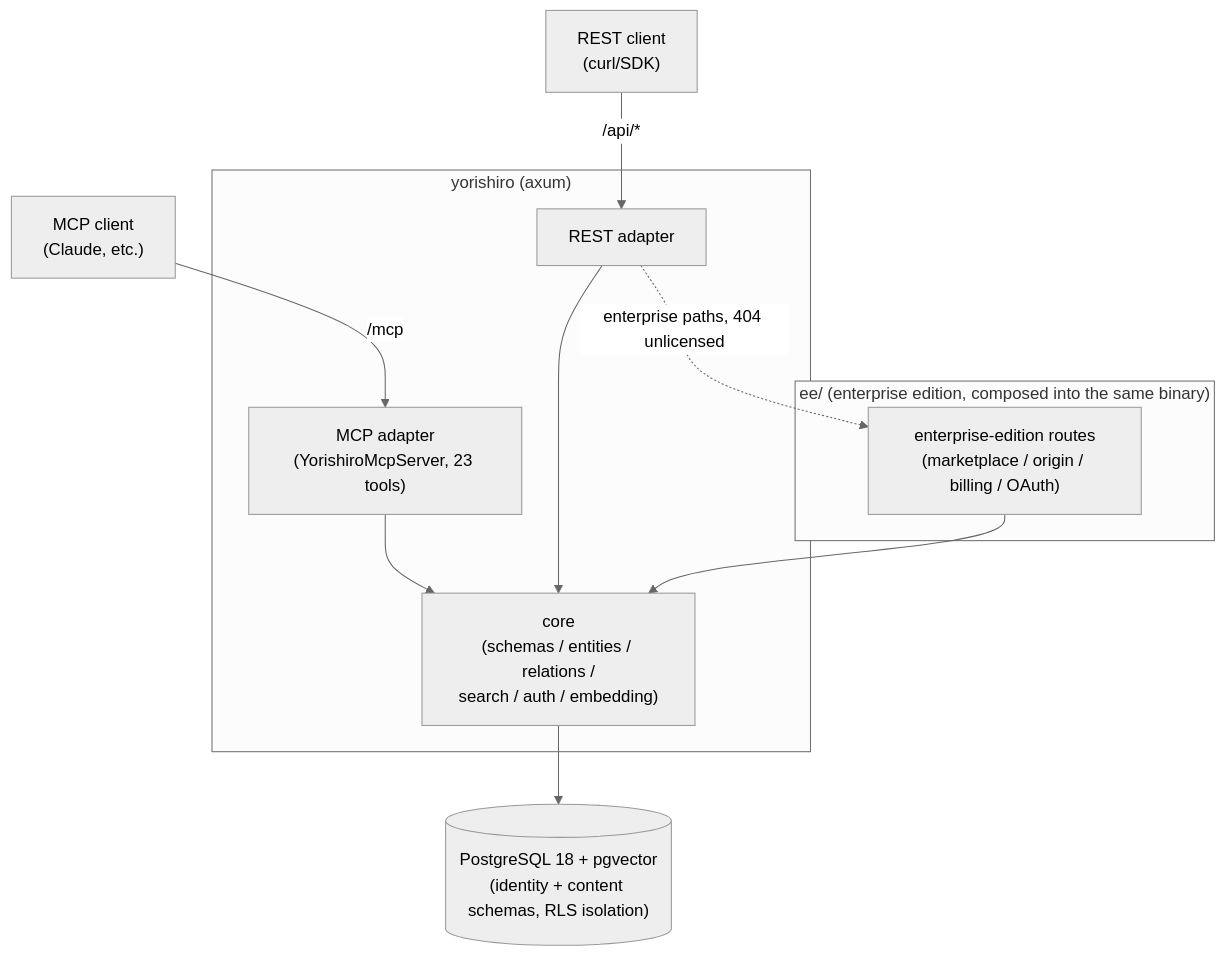
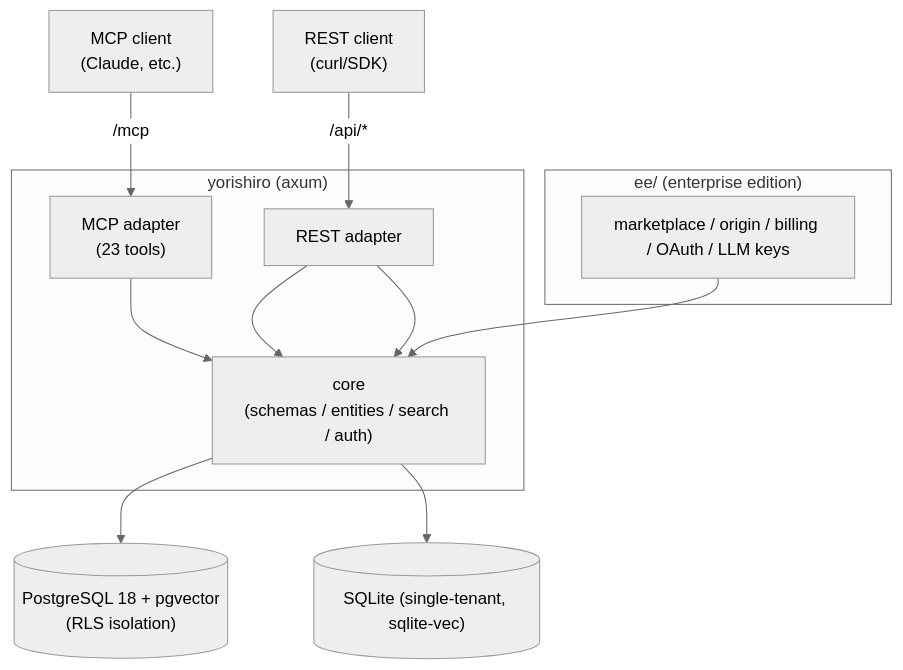
The diagram in README.md (yorishiro-ai/yorishiro), drawn with Mermaid (neutral theme) before and after one commit. The commit also changed other lines of this file and 2 other files, not shown here.

````diff
--- a/README.md
+++ b/README.md
@@ -12,25 +21,27 @@
 ```mermaid
 flowchart TD
     MCPClient["MCP client<br/>(Claude, etc.)"]
     RESTClient["REST client<br/>(curl/SDK)"]
 
-    subgraph Enterprise["ee/ (enterprise edition, composed into the same binary)"]
-        EnterpriseREST["enterprise-edition routes<br/>(marketplace / origin / billing / OAuth)"]
+    subgraph Enterprise["ee/ (enterprise edition)"]
+        EnterpriseREST["marketplace / origin / billing / OAuth / LLM keys"]
     end
 
     subgraph Server["yorishiro (axum)"]
-        MCPAdapter["MCP adapter<br/>(YorishiroMcpServer, 23 tools)"]
+        Core["core<br/>(schemas / entities / search / auth)"]
+        MCPAdapter["MCP adapter<br/>(23 tools)"]
         RESTAdapter["REST adapter"]
-        Core["core<br/>(schemas / entities / relations /<br/>search / auth / embedding)"]
         MCPAdapter --> Core
         RESTAdapter --> Core
     end
 
-    DB[("PostgreSQL 18 + pgvector<br/>(identity + content schemas, RLS isolation)")]
+    DB[("PostgreSQL 18 + pgvector<br/>(RLS isolation)")]
+    SQLiteDB[("SQLite (single-tenant, sqlite-vec)")]
 
     MCPClient -->|"/mcp"| MCPAdapter
     RESTClient -->|"/api/*"| RESTAdapter
-    RESTAdapter -.->|"enterprise paths, 404 unlicensed"| EnterpriseREST
+    RESTAdapter --> Core
     EnterpriseREST --> Core
     Core --> DB
+    Core --> SQLiteDB
 ```
````
